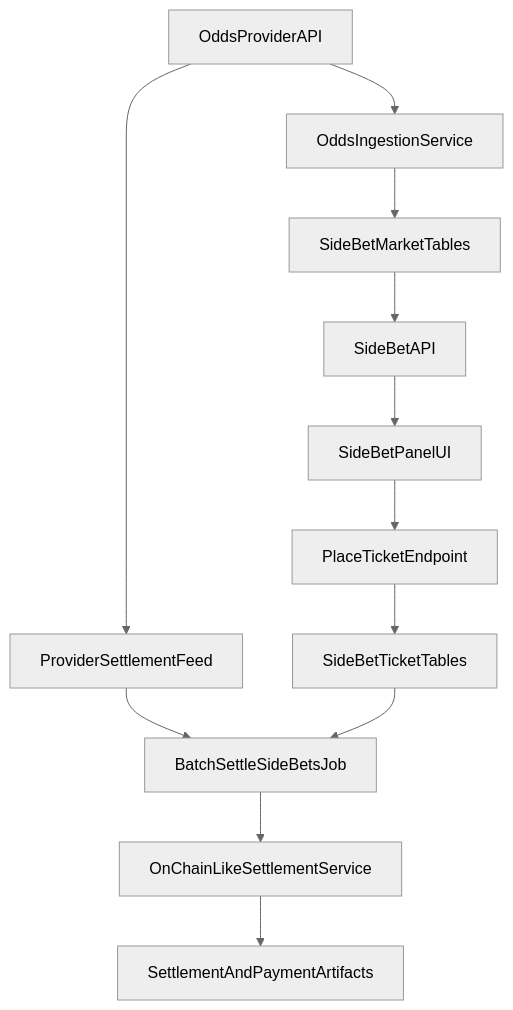
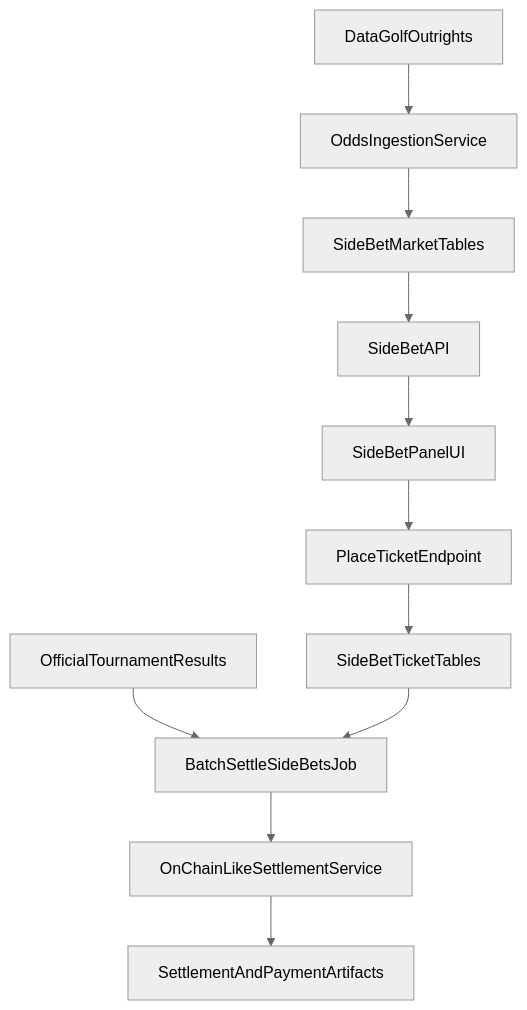
The diagram in SIDE_BET_PRODUCTION_PLAN.md (MagRelo/cut), drawn with Mermaid (neutral theme) before and after one commit. The commit also changed other lines of this file, not shown here.

First line of the commit message:
Implement DataGolf integration for live odds and betting functionality

````diff
--- a/SIDE_BET_PRODUCTION_PLAN.md
+++ b/SIDE_BET_PRODUCTION_PLAN.md
@@ -98,14 +137,13 @@
 ```mermaid
 flowchart TD
-  oddsProvider[OddsProviderAPI] --> oddsIngest[OddsIngestionService]
+  dataGolfOutrights[DataGolfOutrights] --> oddsIngest[OddsIngestionService]
   oddsIngest --> marketStore[SideBetMarketTables]
   marketStore --> betsApi[SideBetAPI]
   betsApi --> sideBetPanel[SideBetPanelUI]
   sideBetPanel --> placeTicket[PlaceTicketEndpoint]
   placeTicket --> ticketsStore[SideBetTicketTables]
-  oddsProvider --> settleFeed[ProviderSettlementFeed]
-  settleFeed --> settleJob[BatchSettleSideBetsJob]
+  officialResults[OfficialTournamentResults] --> settleJob[BatchSettleSideBetsJob]
   ticketsStore --> settleJob
   settleJob --> chainSettle[OnChainLikeSettlementService]
   chainSettle --> payoutsLedger[SettlementAndPaymentArtifacts]
 ```
````
